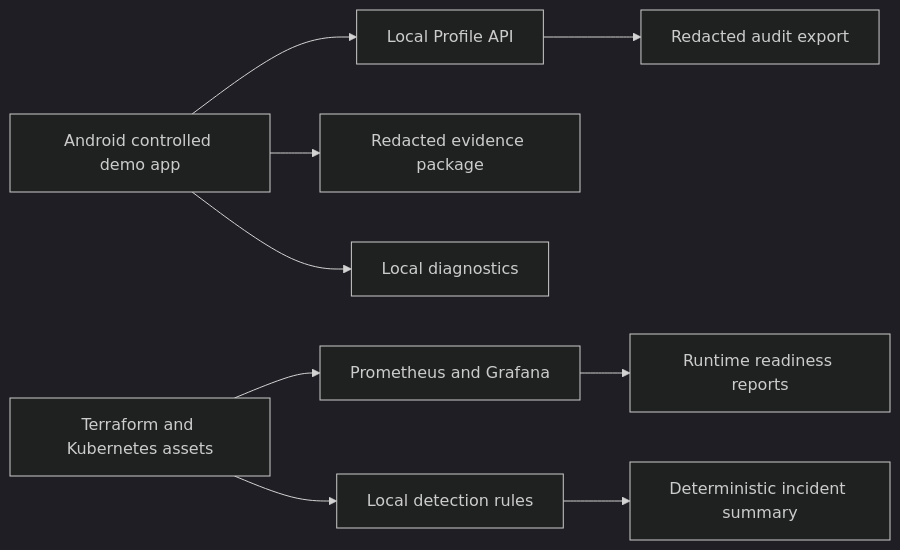
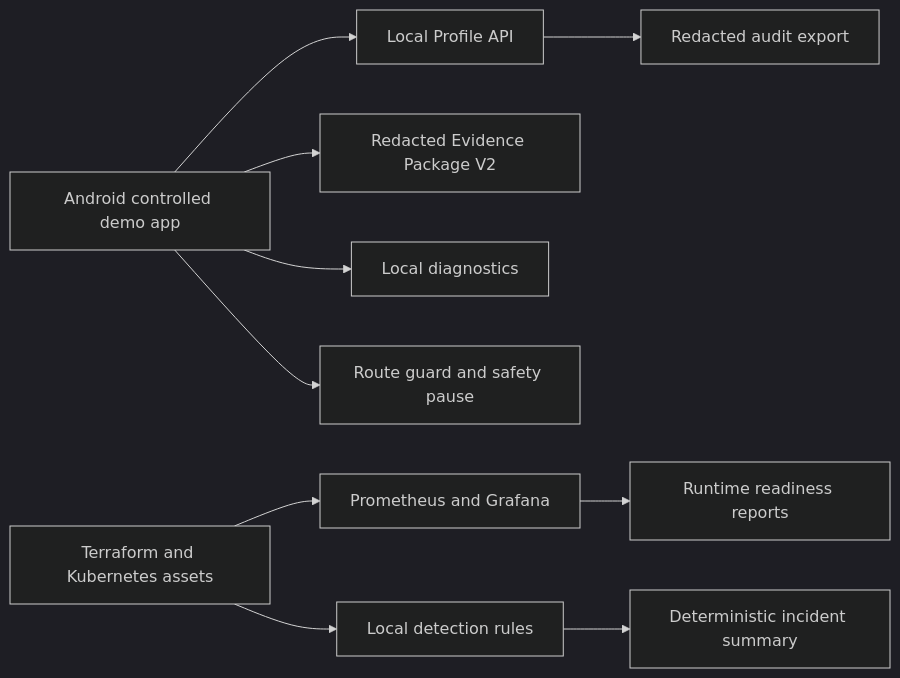
One commit to pirbod/gozar changed the diagram in README.md. Above: the diagram before and after it, drawn with Mermaid (dark theme). The commit also changed other lines of this file and 68 other files, not shown here.

````diff
--- a/README.md
+++ b/README.md
@@ -45,11 +36,12 @@
 ```mermaid
 flowchart LR
   Android["Android controlled demo app"] --> Profile["Local Profile API"]
-  Android --> Evidence["Redacted evidence package"]
+  Android --> Evidence["Redacted Evidence Package V2"]
   Android --> Diagnostics["Local diagnostics"]
+  Android --> Safety["Route guard and safety pause"]
   Profile --> Audit["Redacted audit export"]
   Platform["Terraform and Kubernetes assets"] --> Observability["Prometheus and Grafana"]
   Platform --> Detection["Local detection rules"]
   Detection --> Summary["Deterministic incident summary"]
   Observability --> Reports["Runtime readiness reports"]
 ```
````
